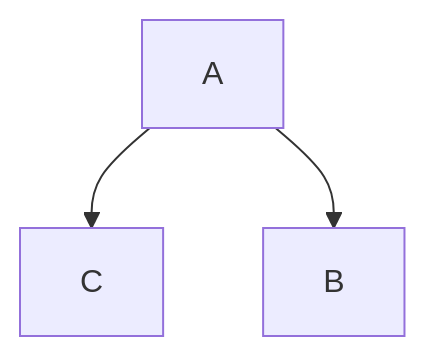
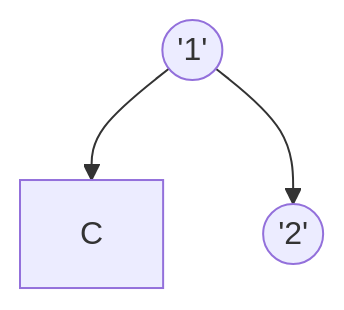
The diagram in terminale/Structures_arborescentes_de_données/Arbres_binaires.md (boddaert/nsi), drawn with Mermaid before and after one commit.

````diff
--- a/terminale/Structures_arborescentes_de_données/Arbres_binaires.md
+++ b/terminale/Structures_arborescentes_de_données/Arbres_binaires.md
@@ -15,5 +15,7 @@
 ```mermaid
 flowchart TB
+    A(('1'))
+    B(('2'))
     A --> C
     A --> B
 ```
````
